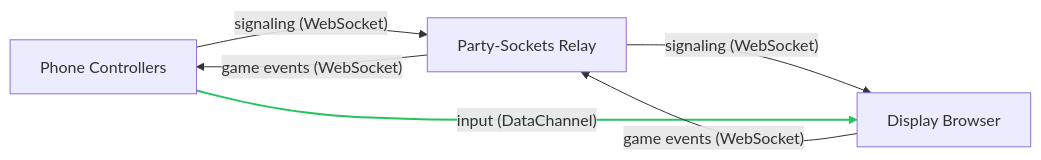
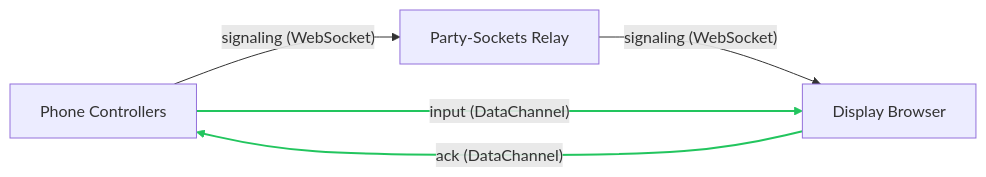
Before and after one commit to tim4724/HexStacker-Party: the diagram in README.md, drawn with Mermaid.

Commit message:
docs(readme): replace game events with ack on DataChannel in diagram

````diff
--- a/README.md
+++ b/README.md
@@ -17,9 +17,9 @@
 ```mermaid
 graph LR
     P[Phone Controllers] -- "signaling (WebSocket)" --> R[Party-Sockets Relay]
     R -- "signaling (WebSocket)" --> D[Display Browser]
     P -- "input (DataChannel)" --> D
-    D -- "game events (WebSocket)" --> R
-    R -- "game events (WebSocket)" --> P
+    D -- "ack (DataChannel)" --> P
     linkStyle 2 stroke:#22c55e,stroke-width:2px
+    linkStyle 3 stroke:#22c55e,stroke-width:2px
 ```
````
